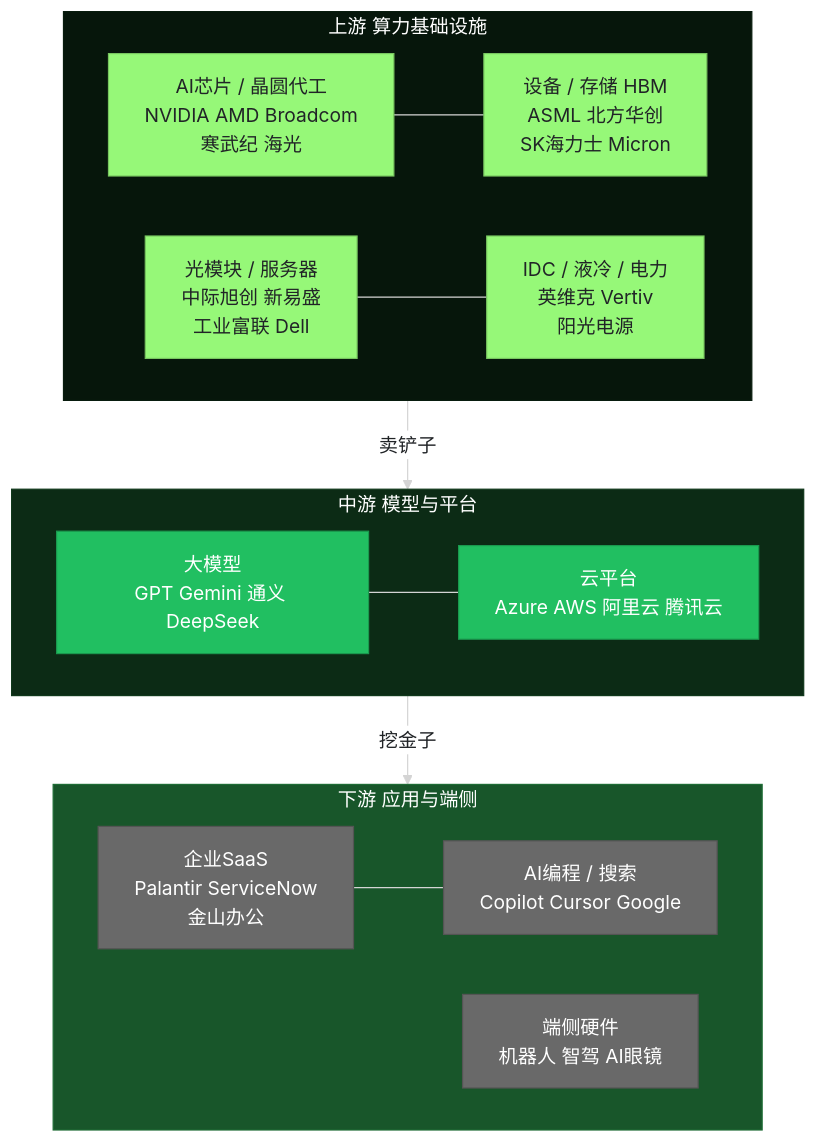
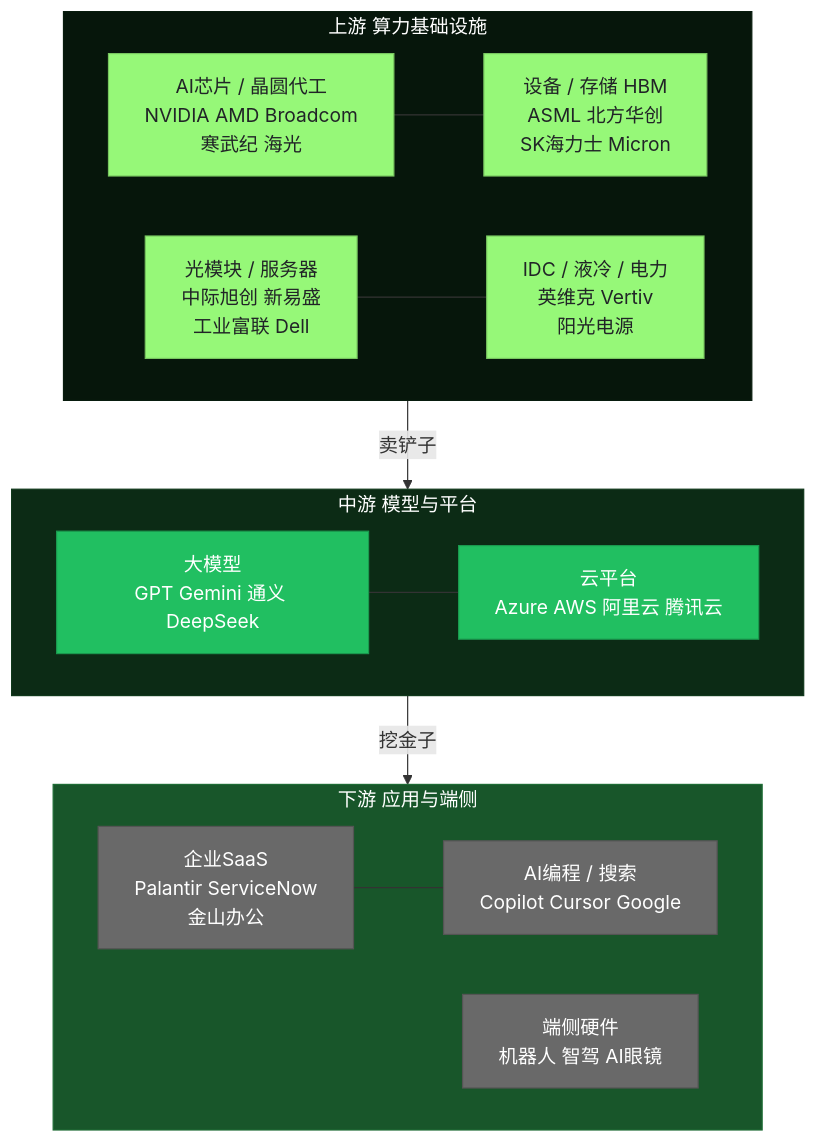
The first of 7 diagrams in skills/writing/mermaid-diagram/tests/bcg-style-test.md (harveyzhang814/harveyz-skill), drawn with Mermaid before and after one commit. The commit also changed other lines of this file and 2 other files, not shown here.

Commit message:
fix(mermaid-diagram): remove %%{init}%% blocks; ban in SKILL.md
%%{init}%% multiline blocks in flowcharts cause silent rendering failure —
all inline style colors are lost. Flowchart colors must come from style
declarations only.

````diff
--- a/skills/writing/mermaid-diagram/tests/bcg-style-test.md
+++ b/skills/writing/mermaid-diagram/tests/bcg-style-test.md
@@ -10,40 +10,32 @@
 ```mermaid
-%%{init: {"theme": "base", "themeVariables": {
-  "primaryColor": "#96F878", "primaryBorderColor": "#87DF6C",
-  "primaryTextColor": "#212427", "secondaryColor": "#0C2B15",
-  "tertiaryColor": "#21BF61", "background": "#FFFFFF",
-  "mainBkg": "#96F878", "clusterBkg": "#06160B",
-  "titleColor": "#0C2B15", "lineColor": "#D4D4D4",
-  "edgeLabelBackground": "#FFFFFF"
-}}}%%
 flowchart TD
     subgraph UP["上游 算力基础设施"]
         U1["AI芯片 / 晶圆代工<br/>NVIDIA AMD Broadcom<br/>寒武纪 海光"] --- U2["设备 / 存储 HBM<br/>ASML 北方华创<br/>SK海力士 Micron"]
         U3["光模块 / 服务器<br/>中际旭创 新易盛<br/>工业富联 Dell"]  --- U4["IDC / 液冷 / 电力<br/>英维克 Vertiv<br/>阳光电源"]
     end
 
     subgraph MID["中游 模型与平台"]
         M1["大模型<br/>GPT Gemini 通义 DeepSeek"] --- M2["云平台<br/>Azure AWS 阿里云 腾讯云"]
     end
 
     subgraph DOWN["下游 应用与端侧"]
         D1["企业SaaS<br/>Palantir ServiceNow<br/>金山办公"] --- D2["AI编程 / 搜索<br/>Copilot Cursor Google"]
         D3["端侧硬件<br/>机器人 智驾 AI眼镜"]
     end
 
     UP -->|"卖铲子"| MID
     MID -->|"挖金子"| DOWN
 
     style UP   fill:#06160B,color:#fff,stroke:#081C0E
     style MID  fill:#0C2B15,color:#fff,stroke:#10381B
     style DOWN fill:#18562A,color:#fff,stroke:#1E6C35
     style U1 fill:#96F878,color:#212427,stroke:#78C660
     style U2 fill:#96F878,color:#212427,stroke:#78C660
     style U3 fill:#96F878,color:#212427,stroke:#78C660
     style U4 fill:#96F878,color:#212427,stroke:#78C660
     style M1 fill:#21BF61,color:#fff,stroke:#1A994E
     style M2 fill:#21BF61,color:#fff,stroke:#1A994E
     style D1 fill:#696969,color:#fff,stroke:#545454
     style D2 fill:#696969,color:#fff,stroke:#545454
     style D3 fill:#696969,color:#fff,stroke:#545454
 ```
````
